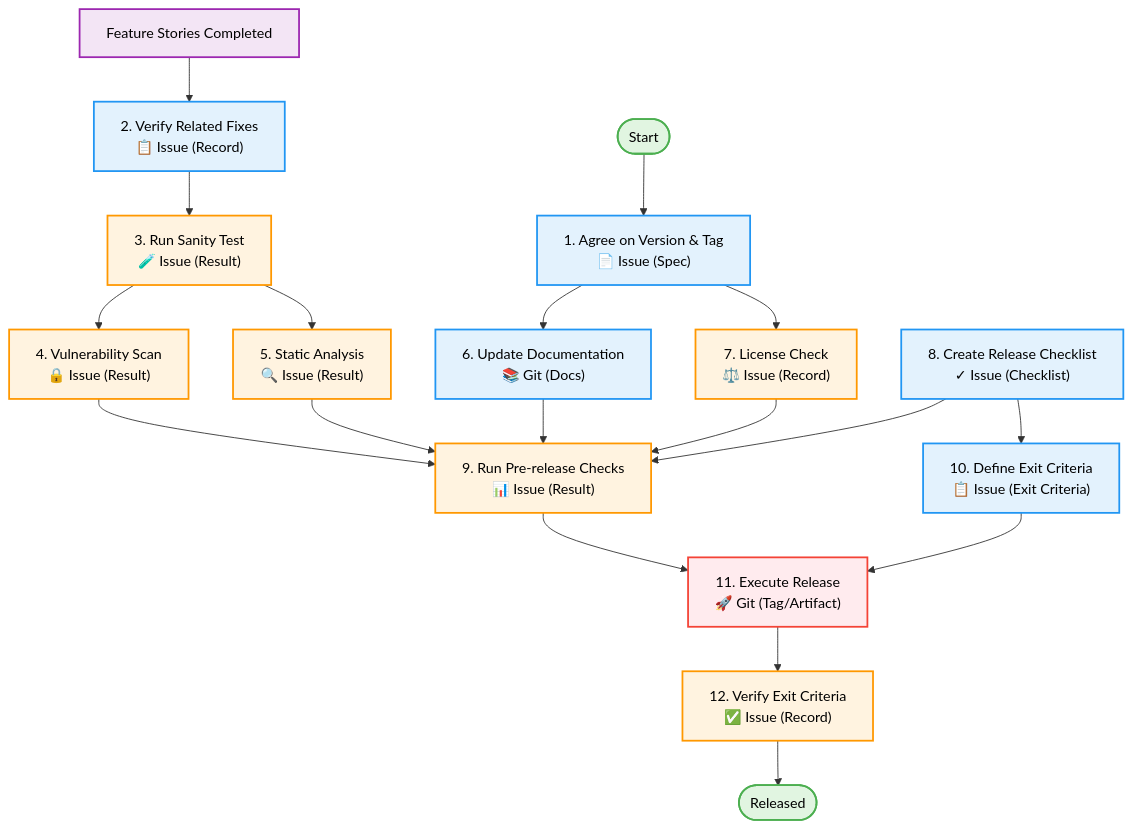
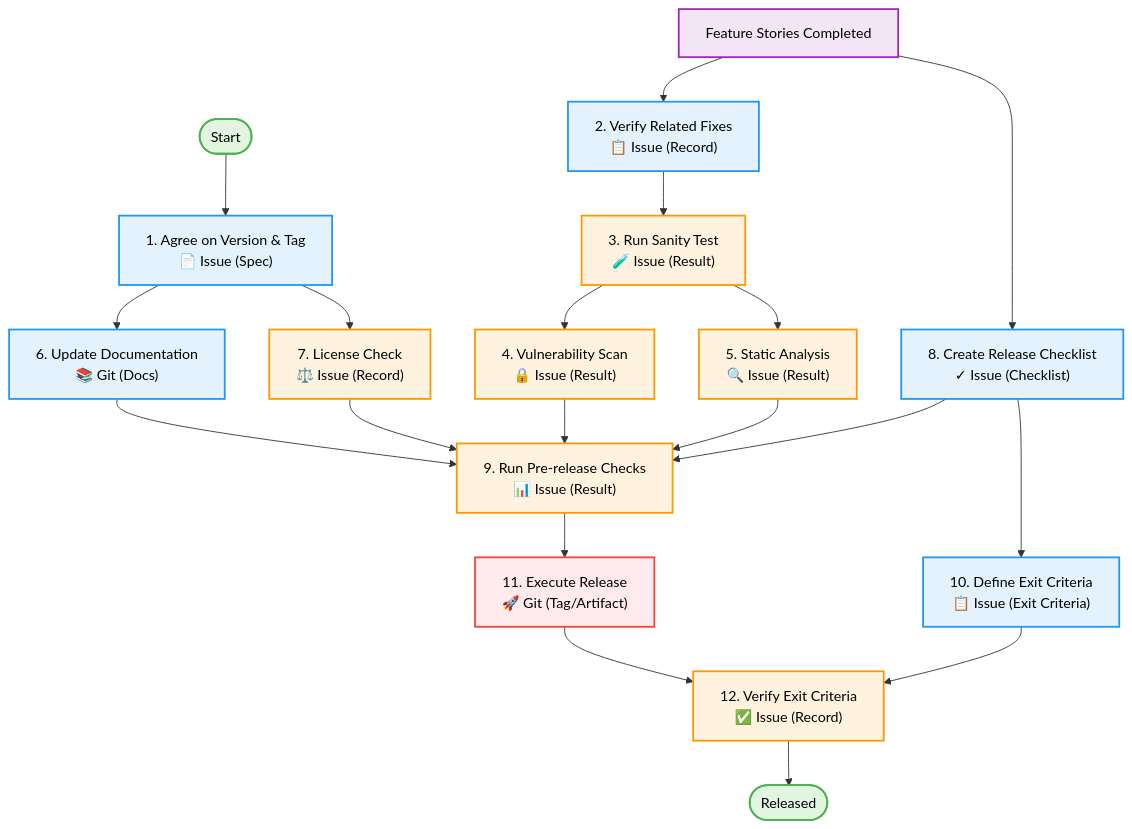
One commit to LongbowXXX/terraformer changed the fourth of 4 diagrams in knowledge/workflows/workflow.md. Above: the diagram before and after it, drawn with Mermaid.

Commit message:
docs: Update AI collaborative model workflow documentation

````diff
--- a/knowledge/workflows/workflow.md
+++ b/knowledge/workflows/workflow.md
@@ -179,34 +179,35 @@
 ```mermaid
 graph TD
     Start([Start]) --> T1
     Features[Feature Stories Completed] --> T2
 
     T1["1. Agree on Version & Tag<br/>📄 Issue (Spec)"] --> T6
     T1 --> T7
     T2["2. Verify Related Fixes<br/>📋 Issue (Record)"] --> T3
     T3["3. Run Sanity Test<br/>🧪 Issue (Result)"] --> T4
     T3 --> T5
     T4["4. Vulnerability Scan<br/>🔒 Issue (Result)"] --> T9
     T5["5. Static Analysis<br/>🔍 Issue (Result)"] --> T9
     T6["6. Update Documentation<br/>📚 Git (Docs)"] --> T9
     T7["7. License Check<br/>⚖️ Issue (Record)"] --> T9
     T8["8. Create Release Checklist<br/>✓ Issue (Checklist)"] --> T9
+    Features --> T8
     T8 --> T10
     T9["9. Run Pre-release Checks<br/>📊 Issue (Result)"] --> T11
-    T10["10. Define Exit Criteria<br/>📋 Issue (Exit Criteria)"] --> T11
+    T10["10. Define Exit Criteria<br/>📋 Issue (Exit Criteria)"] --> T12
     T11["11. Execute Release<br/>🚀 Git (Tag/Artifact)"] --> T12
     T12["12. Verify Exit Criteria<br/>✅ Issue (Record)"] --> End
     End([Released])
 
     classDef startEnd fill:#e1f5e1,stroke:#4caf50,stroke-width:2px,color:#000
     classDef prereq fill:#f3e5f5,stroke:#9c27b0,stroke-width:2px,color:#000
     classDef task fill:#e3f2fd,stroke:#2196f3,stroke-width:2px,color:#000
     classDef check fill:#fff3e0,stroke:#ff9800,stroke-width:2px,color:#000
     classDef release fill:#ffebee,stroke:#f44336,stroke-width:2px,color:#000
 
     class Start,End startEnd
     class Features prereq
     class T1,T2,T6,T8,T10 task
     class T3,T4,T5,T7,T9,T12 check
     class T11 release
 ```
````
